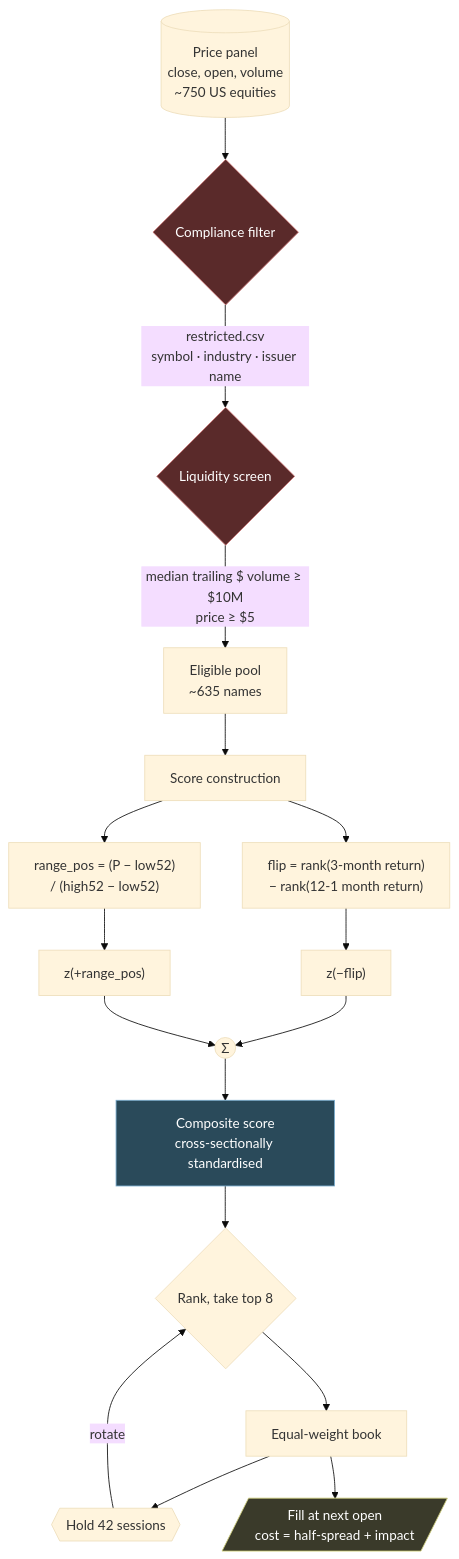
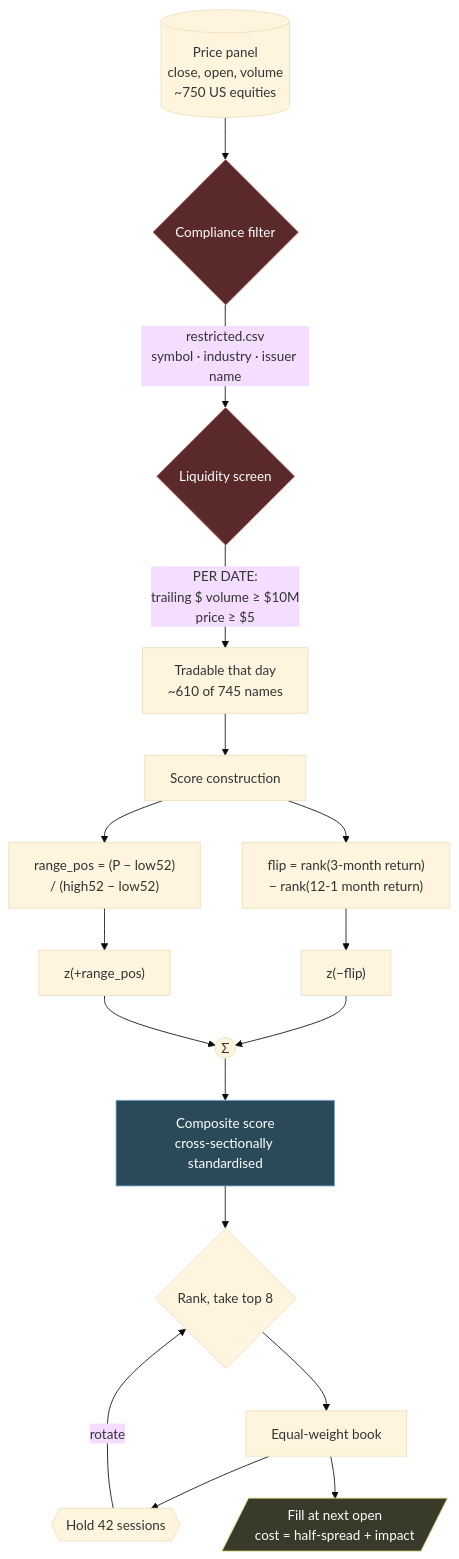
The first of 2 diagrams in MODEL_TRACK_J.md (jagriff003/Stocks), drawn with Mermaid (base theme) before and after one commit. The commit also changed other lines of this file, not shown here.

````diff
--- a/MODEL_TRACK_J.md
+++ b/MODEL_TRACK_J.md
@@ -28,28 +36,28 @@
 ```mermaid
 flowchart TD
     A[("Price panel<br/>close, open, volume<br/>~750 US equities")] --> B{Compliance filter}
     B -->|"restricted.csv<br/>symbol · industry · issuer name"| C{Liquidity screen}
-    C -->|"median trailing $ volume ≥ $10M<br/>price ≥ $5"| D[Eligible pool<br/>~635 names]
+    C -->|"PER DATE:<br/>trailing $ volume ≥ $10M<br/>price ≥ $5"| D[Tradable that day<br/>~610 of 745 names]
 
     D --> E[Score construction]
     E --> F["flip = rank(3-month return)<br/>− rank(12-1 month return)"]
     E --> G["range_pos = (P − low52)<br/>/ (high52 − low52)"]
 
     F --> H["z(−flip)"]
     G --> I["z(+range_pos)"]
     H --> J((Σ))
     I --> J
     J --> K[Composite score<br/>cross-sectionally standardised]
 
     K --> L{Rank, take top 8}
     L --> M[Equal-weight book]
     M --> N{{"Hold 42 sessions"}}
     N -->|rotate| L
 
     M --> O[/"Fill at next open<br/>cost = half-spread + impact"/]
 
     style B fill:#5a2a2a,stroke:#c77,color:#fff
     style C fill:#5a2a2a,stroke:#c77,color:#fff
     style K fill:#2a4a5a,stroke:#7ac,color:#fff
     style O fill:#3a3a2a,stroke:#cc7,color:#fff
 ```
````
